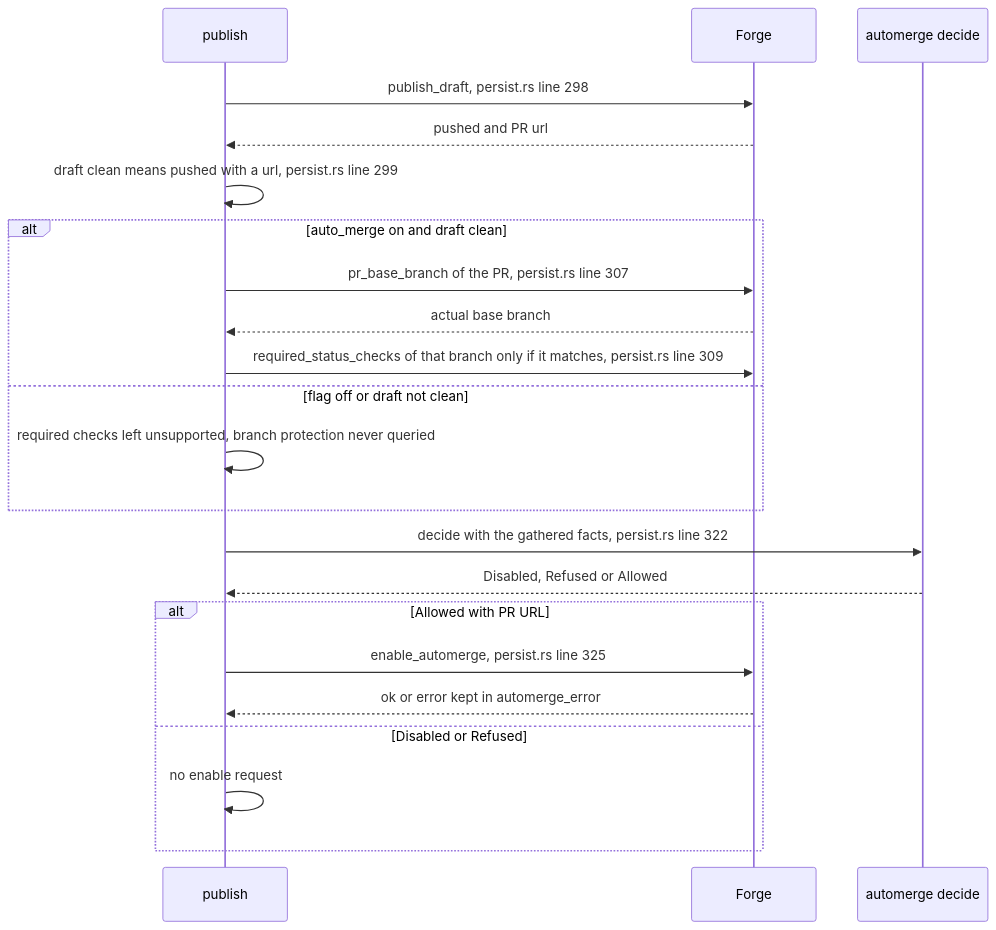
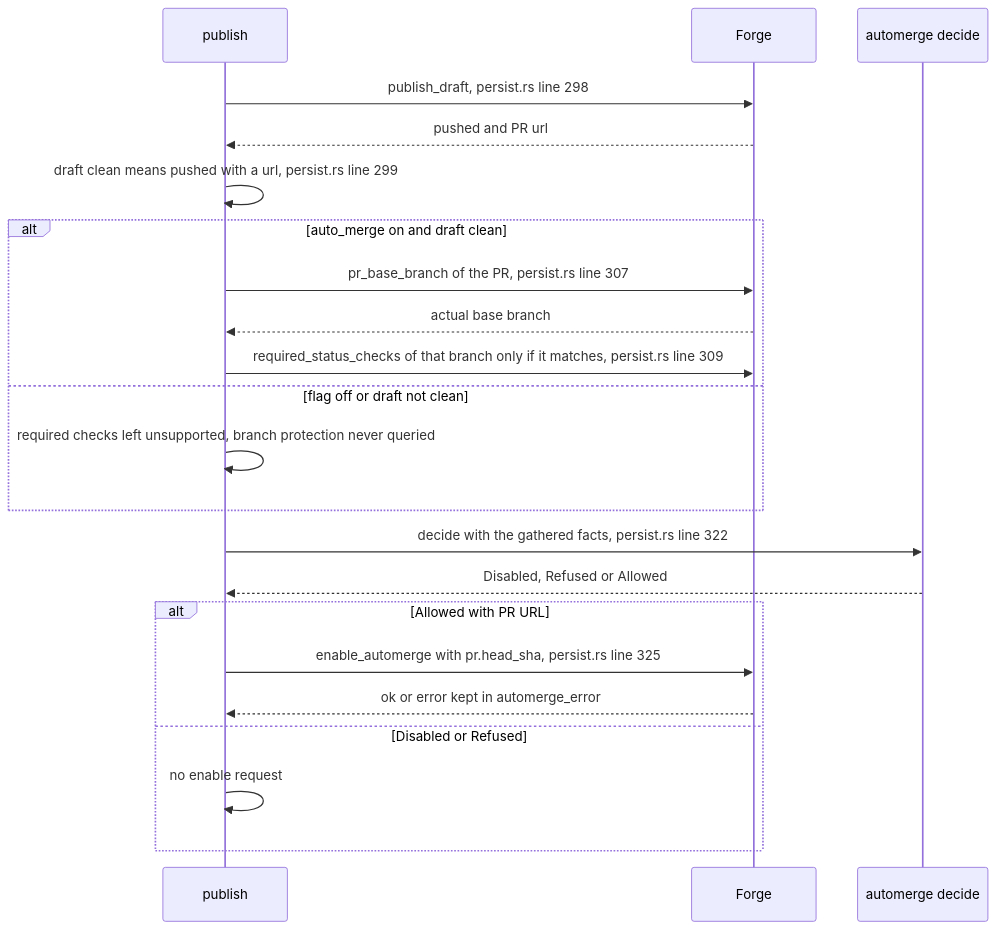
One commit to DreamLab-AI/VisionFlow changed the second of 2 diagrams in docs/diagrams/dream-engine/09-automerge-policy-decision-tree.md. Above: the diagram before and after it, drawn with Mermaid. The commit also changed other lines of this file and 8 other files, not shown here.

````diff
--- a/docs/diagrams/dream-engine/09-automerge-policy-decision-tree.md
+++ b/docs/diagrams/dream-engine/09-automerge-policy-decision-tree.md
@@ -62,24 +62,24 @@
 ```mermaid
 sequenceDiagram
     participant P as publish
     participant F as Forge
     participant D as automerge decide
     P->>F: publish_draft, persist.rs line 298
     F-->>P: pushed and PR url
     P->>P: draft clean means pushed with a url, persist.rs line 299
     alt auto_merge on and draft clean
         P->>F: pr_base_branch of the PR, persist.rs line 307
         F-->>P: actual base branch
         P->>F: required_status_checks of that branch only if it matches, persist.rs line 309
     else flag off or draft not clean
         P->>P: required checks left unsupported, branch protection never queried
     end
     P->>D: decide with the gathered facts, persist.rs line 322
     D-->>P: Disabled, Refused or Allowed
     alt Allowed with PR URL
-        P->>F: enable_automerge, persist.rs line 325
+        P->>F: enable_automerge with pr.head_sha, persist.rs line 325
         F-->>P: ok or error kept in automerge_error
     else Disabled or Refused
         P->>P: no enable request
     end
 ```
````
